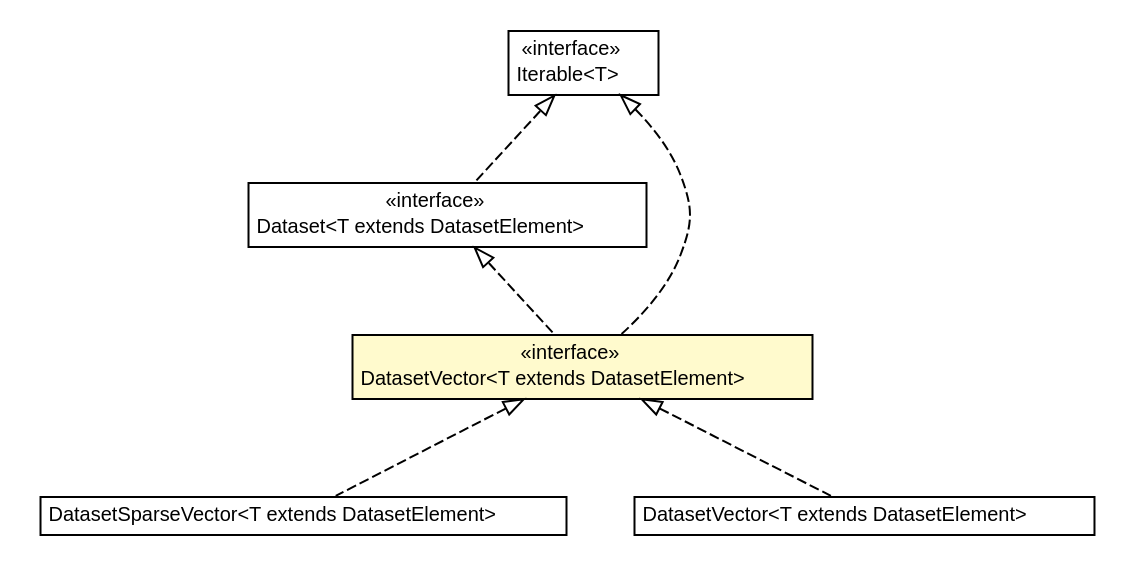
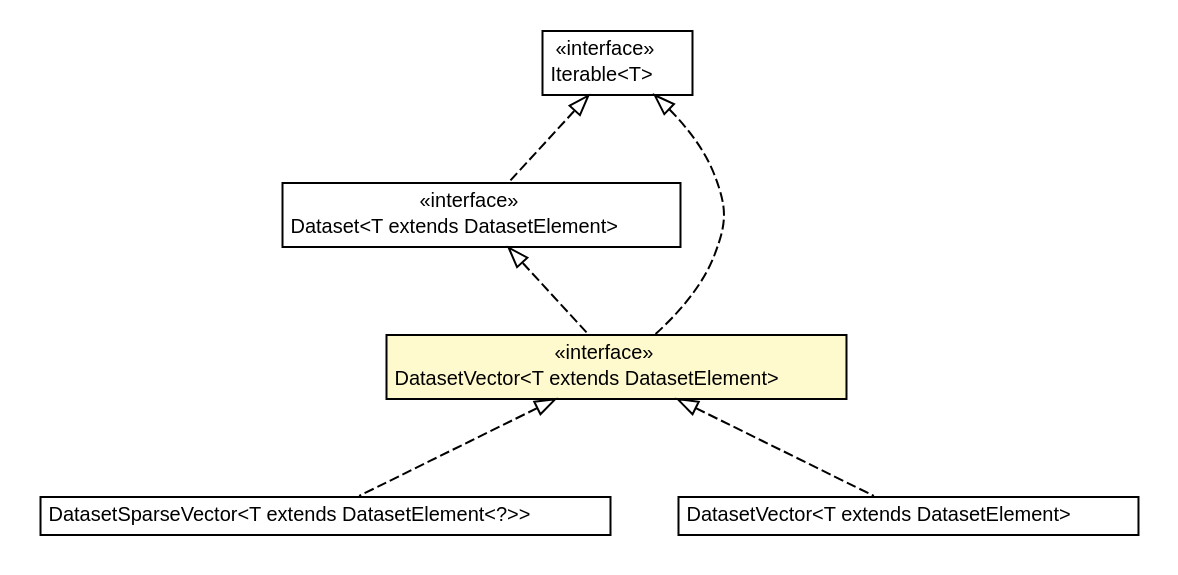
One commit to UnicaLabs-CS/Foresee changed the diagram in docs/it/unica/foresee/datasets/interfaces/DatasetVector.dot. Above: the diagram before and after it, drawn with Graphviz. The commit also changed 167 other files, not shown here.

```diff
--- a/docs/it/unica/foresee/datasets/interfaces/DatasetVector.dot
+++ b/docs/it/unica/foresee/datasets/interfaces/DatasetVector.dot
@@ -1,55 +1,55 @@
 #!/usr/local/bin/dot
 #
 # Class diagram 
 # Generated by UMLGraph version 5.2 (http://www.umlgraph.org/)
 #
 
 digraph G {
 	edge [fontname="Helvetica",fontsize=10,labelfontname="Helvetica",labelfontsize=10];
 	node [fontname="Helvetica",fontsize=10,shape=plaintext];
 	nodesep=0.25;
 	ranksep=0.5;
-	// it.unica.foresee.datasets.DatasetSparseVector<T extends it.unica.foresee.datasets.interfaces.DatasetElement>
-	c1744 [label=<<table title="it.unica.foresee.datasets.DatasetSparseVector" border="0" cellborder="1" cellspacing="0" cellpadding="2" port="p" href="../DatasetSparseVector.html">
+	// it.unica.foresee.datasets.DatasetSparseVector<T extends it.unica.foresee.datasets.interfaces.DatasetElement<?>>
+	c1954 [label=<<table title="it.unica.foresee.datasets.DatasetSparseVector" border="0" cellborder="1" cellspacing="0" cellpadding="2" port="p" href="../DatasetSparseVector.html">
 		<tr><td><table border="0" cellspacing="0" cellpadding="1">
-<tr><td align="center" balign="center"> DatasetSparseVector&lt;T extends DatasetElement&gt; </td></tr>
+<tr><td align="center" balign="center"> DatasetSparseVector&lt;T extends DatasetElement&lt;?&gt;&gt; </td></tr>
 		</table></td></tr>
 		</table>>, fontname="Helvetica", fontcolor="black", fontsize=10.0];
 	// it.unica.foresee.datasets.DatasetVector<T extends it.unica.foresee.datasets.interfaces.DatasetElement>
-	c1748 [label=<<table title="it.unica.foresee.datasets.DatasetVector" border="0" cellborder="1" cellspacing="0" cellpadding="2" port="p" href="../DatasetVector.html">
+	c1958 [label=<<table title="it.unica.foresee.datasets.DatasetVector" border="0" cellborder="1" cellspacing="0" cellpadding="2" port="p" href="../DatasetVector.html">
 		<tr><td><table border="0" cellspacing="0" cellpadding="1">
 <tr><td align="center" balign="center"> DatasetVector&lt;T extends DatasetElement&gt; </td></tr>
 		</table></td></tr>
 		</table>>, fontname="Helvetica", fontcolor="black", fontsize=10.0];
 	// it.unica.foresee.datasets.interfaces.Dataset<T extends it.unica.foresee.datasets.interfaces.DatasetElement>
-	c1754 [label=<<table title="it.unica.foresee.datasets.interfaces.Dataset" border="0" cellborder="1" cellspacing="0" cellpadding="2" port="p" href="./Dataset.html">
+	c1964 [label=<<table title="it.unica.foresee.datasets.interfaces.Dataset" border="0" cellborder="1" cellspacing="0" cellpadding="2" port="p" href="./Dataset.html">
 		<tr><td><table border="0" cellspacing="0" cellpadding="1">
 <tr><td align="center" balign="center"> &#171;interface&#187; </td></tr>
 <tr><td align="center" balign="center"> Dataset&lt;T extends DatasetElement&gt; </td></tr>
 		</table></td></tr>
 		</table>>, fontname="Helvetica", fontcolor="black", fontsize=10.0];
 	// it.unica.foresee.datasets.interfaces.DatasetVector<T extends it.unica.foresee.datasets.interfaces.DatasetElement>
-	c1755 [label=<<table title="it.unica.foresee.datasets.interfaces.DatasetVector" border="0" cellborder="1" cellspacing="0" cellpadding="2" port="p" bgcolor="lemonChiffon" href="./DatasetVector.html">
+	c1965 [label=<<table title="it.unica.foresee.datasets.interfaces.DatasetVector" border="0" cellborder="1" cellspacing="0" cellpadding="2" port="p" bgcolor="lemonChiffon" href="./DatasetVector.html">
 		<tr><td><table border="0" cellspacing="0" cellpadding="1">
 <tr><td align="center" balign="center"> &#171;interface&#187; </td></tr>
 <tr><td align="center" balign="center"> DatasetVector&lt;T extends DatasetElement&gt; </td></tr>
 		</table></td></tr>
 		</table>>, fontname="Helvetica", fontcolor="black", fontsize=10.0];
-	//it.unica.foresee.datasets.DatasetSparseVector<T extends it.unica.foresee.datasets.interfaces.DatasetElement> implements it.unica.foresee.datasets.interfaces.DatasetVector<T extends it.unica.foresee.datasets.interfaces.DatasetElement>
-	c1755:p -> c1744:p [dir=back,arrowtail=empty,style=dashed];
+	//it.unica.foresee.datasets.DatasetSparseVector<T extends it.unica.foresee.datasets.interfaces.DatasetElement<?>> implements it.unica.foresee.datasets.interfaces.DatasetVector<T extends it.unica.foresee.datasets.interfaces.DatasetElement>
+	c1965:p -> c1954:p [dir=back,arrowtail=empty,style=dashed];
 	//it.unica.foresee.datasets.DatasetVector<T extends it.unica.foresee.datasets.interfaces.DatasetElement> implements it.unica.foresee.datasets.interfaces.DatasetVector<T extends it.unica.foresee.datasets.interfaces.DatasetElement>
-	c1755:p -> c1748:p [dir=back,arrowtail=empty,style=dashed];
+	c1965:p -> c1958:p [dir=back,arrowtail=empty,style=dashed];
 	//it.unica.foresee.datasets.interfaces.Dataset<T extends it.unica.foresee.datasets.interfaces.DatasetElement> implements java.lang.Iterable<T>
-	c1759:p -> c1754:p [dir=back,arrowtail=empty,style=dashed];
+	c1969:p -> c1964:p [dir=back,arrowtail=empty,style=dashed];
 	//it.unica.foresee.datasets.interfaces.DatasetVector<T extends it.unica.foresee.datasets.interfaces.DatasetElement> implements java.lang.Iterable<T>
-	c1759:p -> c1755:p [dir=back,arrowtail=empty,style=dashed];
+	c1969:p -> c1965:p [dir=back,arrowtail=empty,style=dashed];
 	//it.unica.foresee.datasets.interfaces.DatasetVector<T extends it.unica.foresee.datasets.interfaces.DatasetElement> implements it.unica.foresee.datasets.interfaces.Dataset<T extends it.unica.foresee.datasets.interfaces.DatasetElement>
-	c1754:p -> c1755:p [dir=back,arrowtail=empty,style=dashed];
+	c1964:p -> c1965:p [dir=back,arrowtail=empty,style=dashed];
 	// java.lang.Iterable<T>
-	c1759 [label=<<table title="java.lang.Iterable" border="0" cellborder="1" cellspacing="0" cellpadding="2" port="p" href="http://java.sun.com/j2se/1.4.2/docs/api/java/lang/Iterable.html">
+	c1969 [label=<<table title="java.lang.Iterable" border="0" cellborder="1" cellspacing="0" cellpadding="2" port="p" href="http://java.sun.com/j2se/1.4.2/docs/api/java/lang/Iterable.html">
 		<tr><td><table border="0" cellspacing="0" cellpadding="1">
 <tr><td align="center" balign="center"> &#171;interface&#187; </td></tr>
 <tr><td align="center" balign="center"> Iterable&lt;T&gt; </td></tr>
 		</table></td></tr>
 		</table>>, fontname="Helvetica", fontcolor="black", fontsize=10.0];
 }
```
